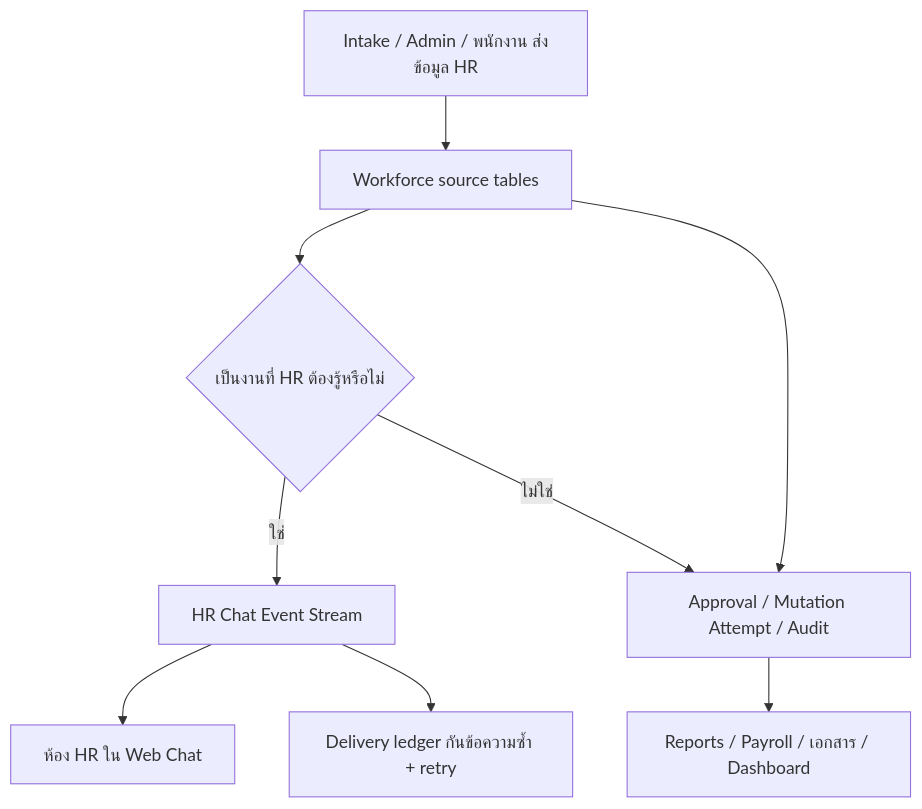
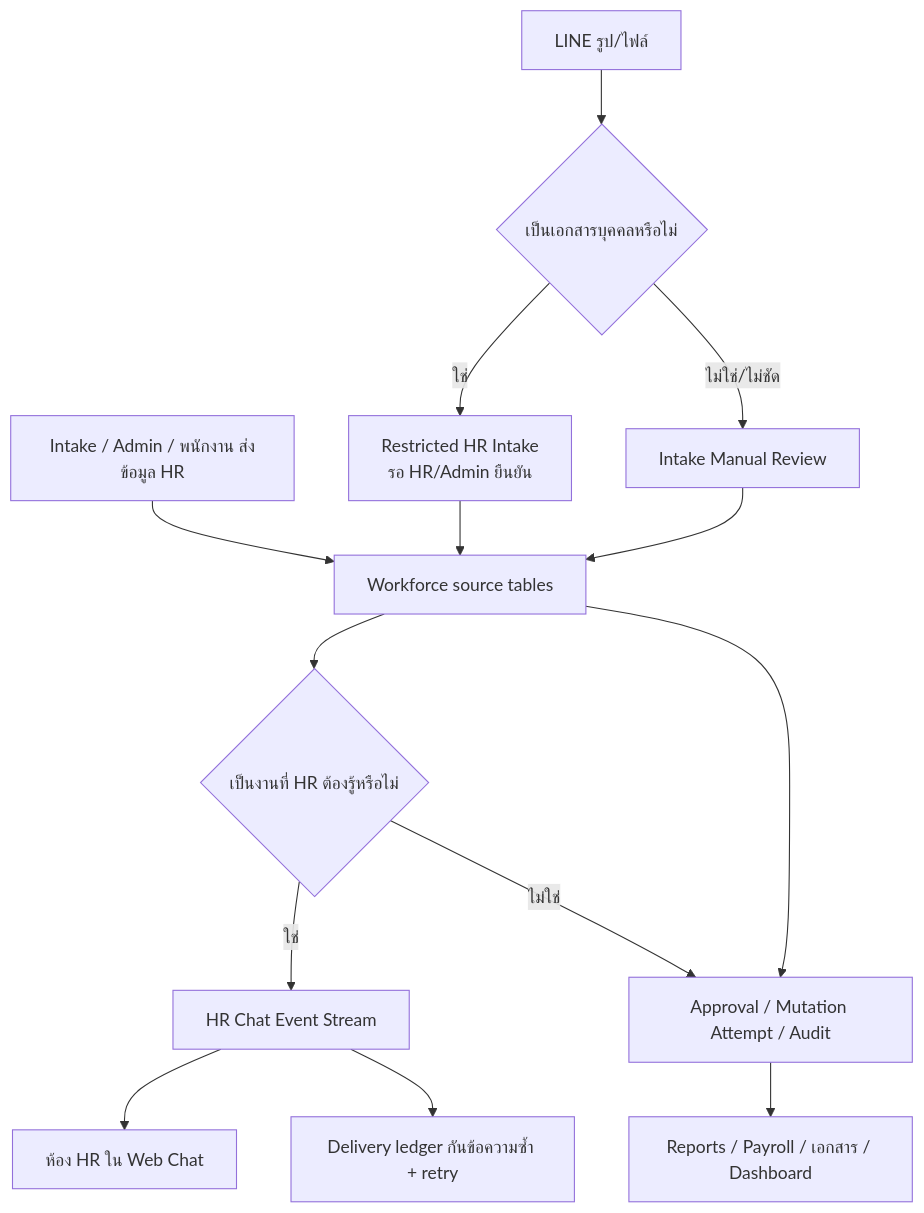
Before and after one commit to paramonjong-afk/WisdomAI: the first of 5 diagrams in docs/WORKFORCE_BACKBONE_FLOW.md, drawn with Mermaid. The commit also changed other lines of this file and 9 other files, not shown here.

Commit message:
fix: route LINE employee documents to HR intake

````diff
--- a/docs/WORKFORCE_BACKBONE_FLOW.md
+++ b/docs/WORKFORCE_BACKBONE_FLOW.md
@@ -3,11 +3,16 @@
 ```mermaid
 flowchart TD
   A[Intake / Admin / พนักงาน ส่งข้อมูล HR] --> B[Workforce source tables]
+  L[LINE รูป/ไฟล์] --> A1{เป็นเอกสารบุคคลหรือไม่}
+  A1 -->|ใช่| A2[Restricted HR Intake\nรอ HR/Admin ยืนยัน]
+  A1 -->|ไม่ใช่/ไม่ชัด| A3[Intake Manual Review]
+  A2 --> B[Workforce source tables]
+  A3 --> B
   B --> C{เป็นงานที่ HR ต้องรู้หรือไม่}
   C -->|ใช่| D[HR Chat Event Stream]
   D --> E[ห้อง HR ใน Web Chat]
   B --> F[Approval / Mutation Attempt / Audit]
   F --> G[Reports / Payroll / เอกสาร / Dashboard]
   C -->|ไม่ใช่| F
   D --> H[Delivery ledger กันข้อความซ้ำ + retry]
 ```
````
